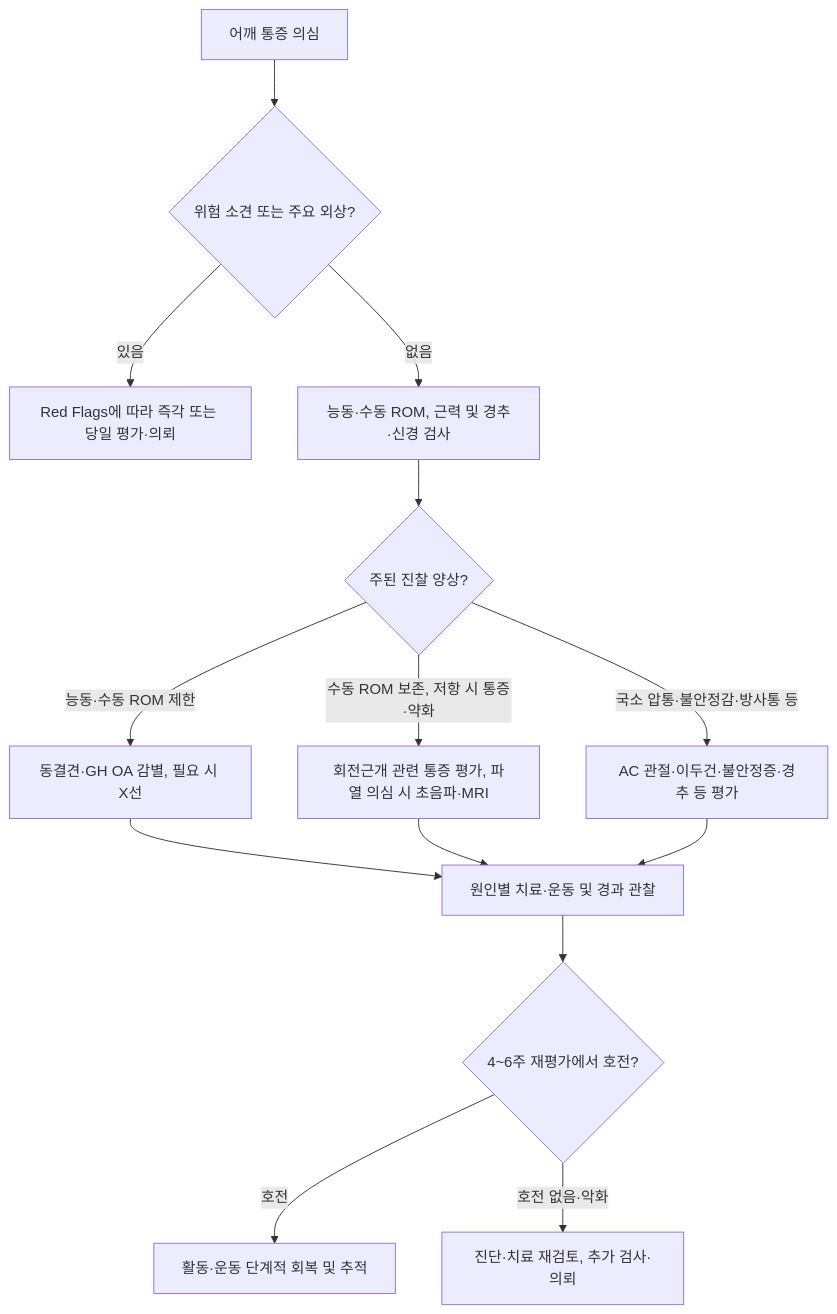
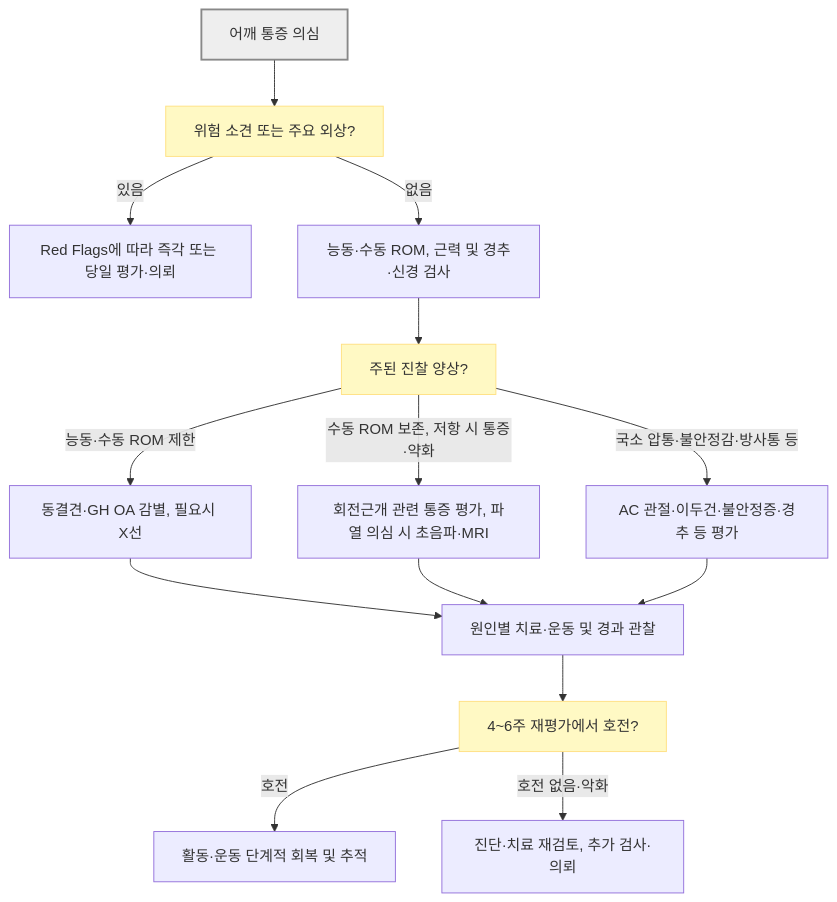
The diagram in 228_/139_-shoulder-pain.md (familyoh77/familyoh77), drawn with Mermaid before and after one commit. The commit also changed other lines of this file and 3 other files, not shown here.

````diff
--- a/228_/139_-shoulder-pain.md
+++ b/228_/139_-shoulder-pain.md
@@ -296,16 +295,20 @@
 ```mermaid
 flowchart TD
-    A["어깨 통증 의심"] --> B{"위험 소견 또는 주요 외상?"}
-    B -->|있음| C["Red Flags에 따라 즉각 또는 당일 평가·의뢰"]
-    B -->|없음| D["능동·수동 ROM, 근력 및 경추·신경 검사"]
-    D --> E{"주된 진찰 양상?"}
-    E -->|능동·수동 ROM 제한| F["동결견·GH OA 감별, 필요 시 X선"]
-    E -->|수동 ROM 보존, 저항 시 통증·약화| G["회전근개 관련 통증 평가, 파열 의심 시 초음파·MRI"]
-    E -->|국소 압통·불안정감·방사통 등| H["AC 관절·이두건·불안정증·경추 등 평가"]
+    A["어깨 통증 의심"] --> B["위험 소견 또는 주요 외상?"]
+    B -->|"있음"| C["Red Flags에 따라 즉각 또는 당일 평가·의뢰"]
+    B -->|"없음"| D["능동·수동 ROM, 근력 및 경추·신경 검사"]
+    D --> E["주된 진찰 양상?"]
+    E -->|"능동·수동 ROM 제한"| F["동결견·GH OA 감별, 필요시 X선"]
+    E -->|"수동 ROM 보존, 저항 시 통증·약화"| G["회전근개 관련 통증 평가, 파열 의심 시 초음파·MRI"]
+    E -->|"국소 압통·불안정감·방사통 등"| H["AC 관절·이두건·불안정증·경추 등 평가"]
     F --> I["원인별 치료·운동 및 경과 관찰"]
     G --> I
     H --> I
-    I --> J{"4~6주 재평가에서 호전?"}
-    J -->|호전| K["활동·운동 단계적 회복 및 추적"]
-    J -->|호전 없음·악화| L["진단·치료 재검토, 추가 검사·의뢰"]
+    I --> J["4~6주 재평가에서 호전?"]
+    J -->|"호전"| K["활동·운동 단계적 회복 및 추적"]
+    J -->|"호전 없음·악화"| L["진단·치료 재검토, 추가 검사·의뢰"]
+
+    classDef question fill:#fff9c4,stroke:#ffe082
+    class B,E,J question
+    style A fill:#eeeeee,stroke:#888888,stroke-width:2px
 ```
````
